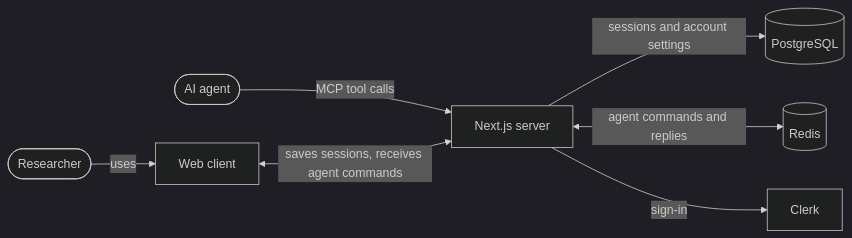
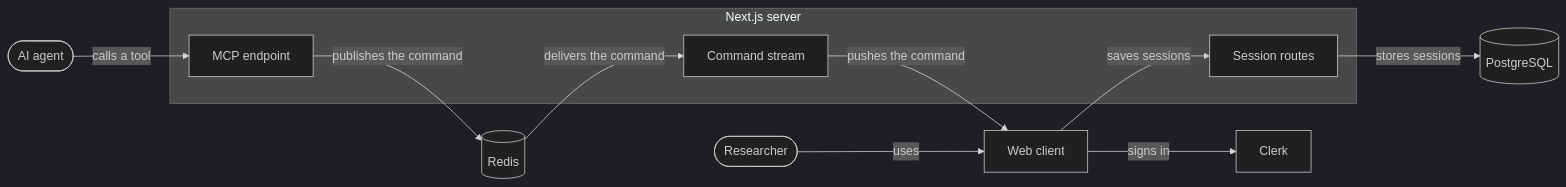
One commit to weng-lab/genomebrowser changed the diagram in apps/web/README.md. Above: the diagram before and after it, drawn with Mermaid (dark theme). The commit also changed other lines of this file, not shown here.

Commit message:
Draw the agent command route as one path in the system diagram

````diff
--- a/apps/web/README.md
+++ b/apps/web/README.md
@@ -5,9 +5,18 @@
 ```mermaid
 flowchart LR
   User([Researcher]) -->|uses| Client[Web client]
-  Agent([AI agent]) -->|MCP tool calls| Server[Next.js server]
-  Client <-->|saves sessions, receives agent commands| Server
-  Server -->|sessions and account settings| Postgres[(PostgreSQL)]
-  Server <-->|agent commands and replies| Redis[(Redis)]
-  Server -->|sign-in| Clerk[Clerk]
+  Agent([AI agent]) -->|calls a tool| MCP
+
+  subgraph Next[Next.js server]
+    Sessions[Session routes]
+    MCP[MCP endpoint]
+    Stream[Command stream]
+  end
+
+  Client -->|saves sessions| Sessions
+  Sessions -->|stores sessions| Postgres[(PostgreSQL)]
+  MCP -->|publishes the command| Redis[(Redis)]
+  Redis -->|delivers the command| Stream
+  Stream -->|pushes the command| Client
+  Client -->|signs in| Clerk[Clerk]
 ```
````
